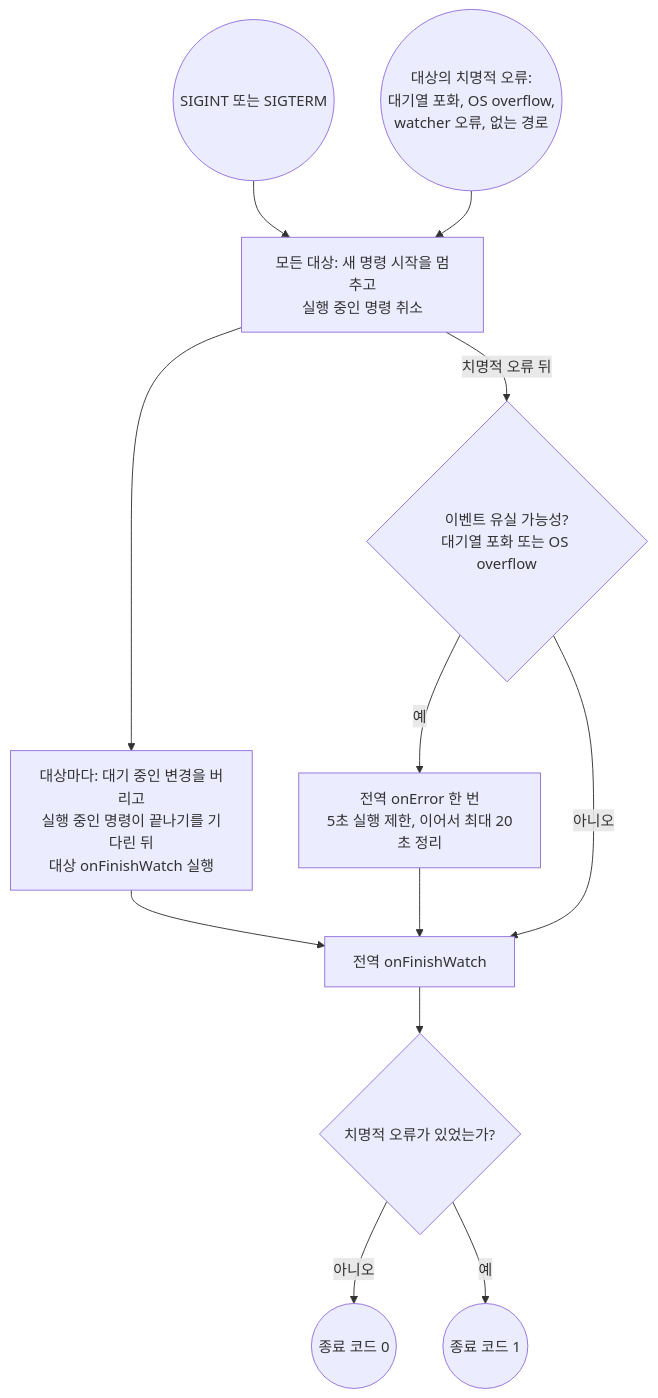
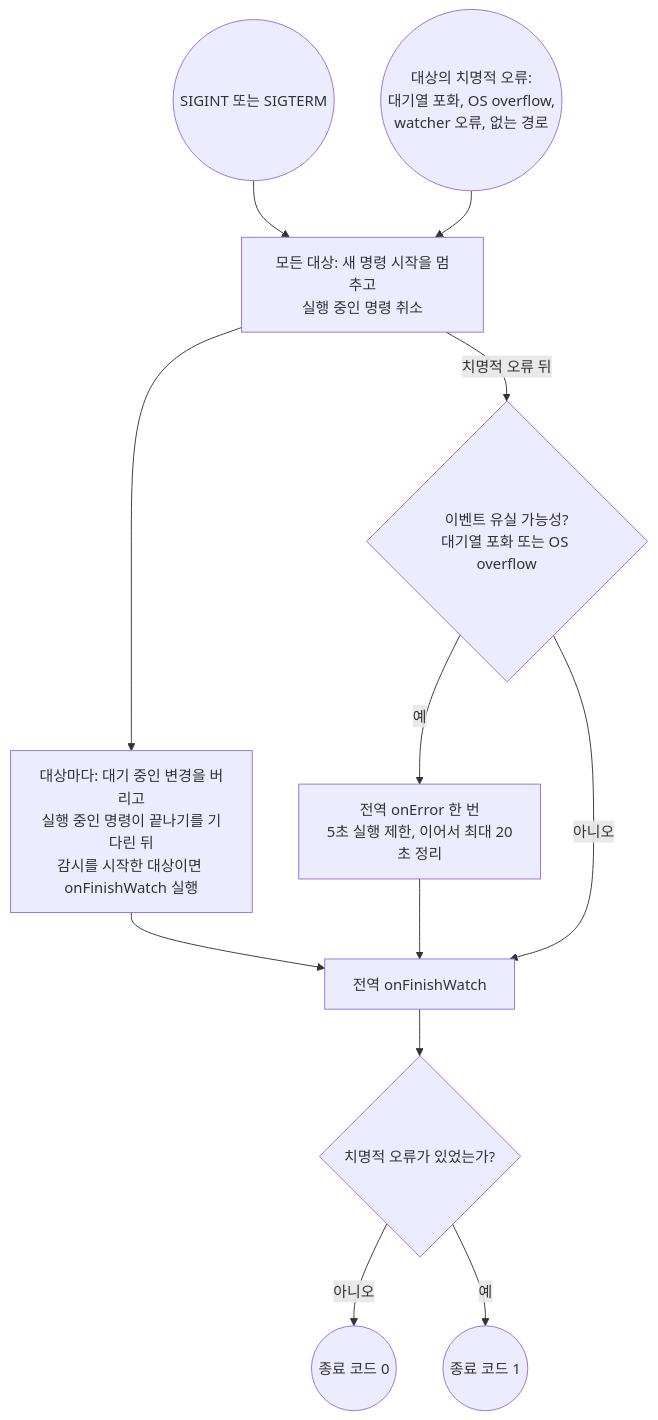
Before and after one commit to seungyeop-lee/directory-watcher: the second of 2 diagrams in README.ko.md, drawn with Mermaid. The commit also changed 8 other files, not shown here.

First line of the commit message:
fix: 감시를 시작하지 못한 대상의 onFinishWatch를 건너뛰고 없는 작업 폴더를 알림

````diff
--- a/README.ko.md
+++ b/README.ko.md
@@ -153,25 +153,25 @@
 ```mermaid
 flowchart TD
     shutdownSignal(("SIGINT 또는 SIGTERM"))
     fatalError(("대상의 치명적 오류:<br>대기열 포화, OS overflow,<br>watcher 오류, 없는 경로"))
     stopTargets["모든 대상: 새 명령 시작을 멈추고<br>실행 중인 명령 취소"]
-    targetFinish["대상마다: 대기 중인 변경을 버리고<br>실행 중인 명령이 끝나기를 기다린 뒤<br>대상 onFinishWatch 실행"]
+    targetFinish["대상마다: 대기 중인 변경을 버리고<br>실행 중인 명령이 끝나기를 기다린 뒤<br>감시를 시작한 대상이면 onFinishWatch 실행"]
     lossCheck{"이벤트 유실 가능성?<br>대기열 포화 또는 OS overflow"}
     errorHook["전역 onError 한 번<br>5초 실행 제한, 이어서 최대 20초 정리"]
     globalFinish["전역 onFinishWatch"]
     exitCheck{"치명적 오류가 있었는가?"}
     exitSuccess(("종료 코드 0"))
     exitFailure(("종료 코드 1"))
 
     shutdownSignal --> stopTargets
     fatalError --> stopTargets
     stopTargets --> targetFinish
     stopTargets -->|"치명적 오류 뒤"| lossCheck
     lossCheck -->|"예"| errorHook
     lossCheck -->|"아니오"| globalFinish
     targetFinish --> globalFinish
     errorHook --> globalFinish
     globalFinish --> exitCheck
     exitCheck -->|"아니오"| exitSuccess
     exitCheck -->|"예"| exitFailure
 ```
````
